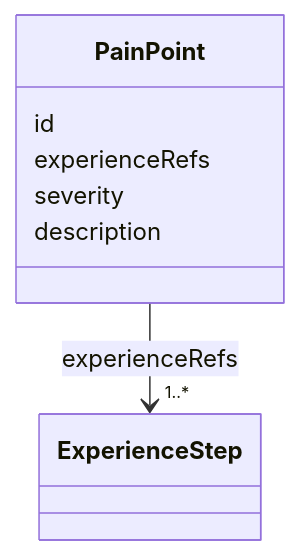
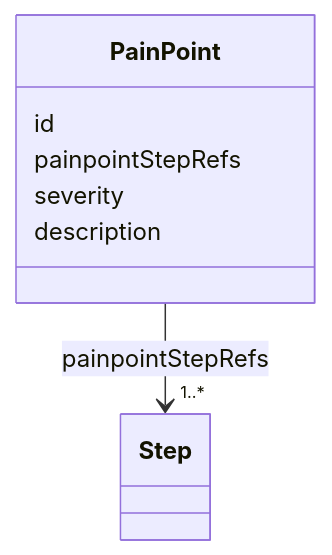
Before and after one commit to Bang2985/spec-ujg: the diagram in specs/ed/modules/experience-annotation/index.md, drawn with Mermaid. The commit also changed other lines of this file and 92 other files, not shown here.

````diff
--- a/specs/ed/modules/experience-annotation/index.md
+++ b/specs/ed/modules/experience-annotation/index.md
@@ -28,11 +28,11 @@
 ```mermaid
 classDiagram
-  class ExperienceStep
+  class Step
   class PainPoint {
     id
-    experienceRefs
+    painpointStepRefs
     severity
     description
   }
-  PainPoint --> "1..*" ExperienceStep : experienceRefs
+  PainPoint --> "1..*" Step : painpointStepRefs
 ```
````
